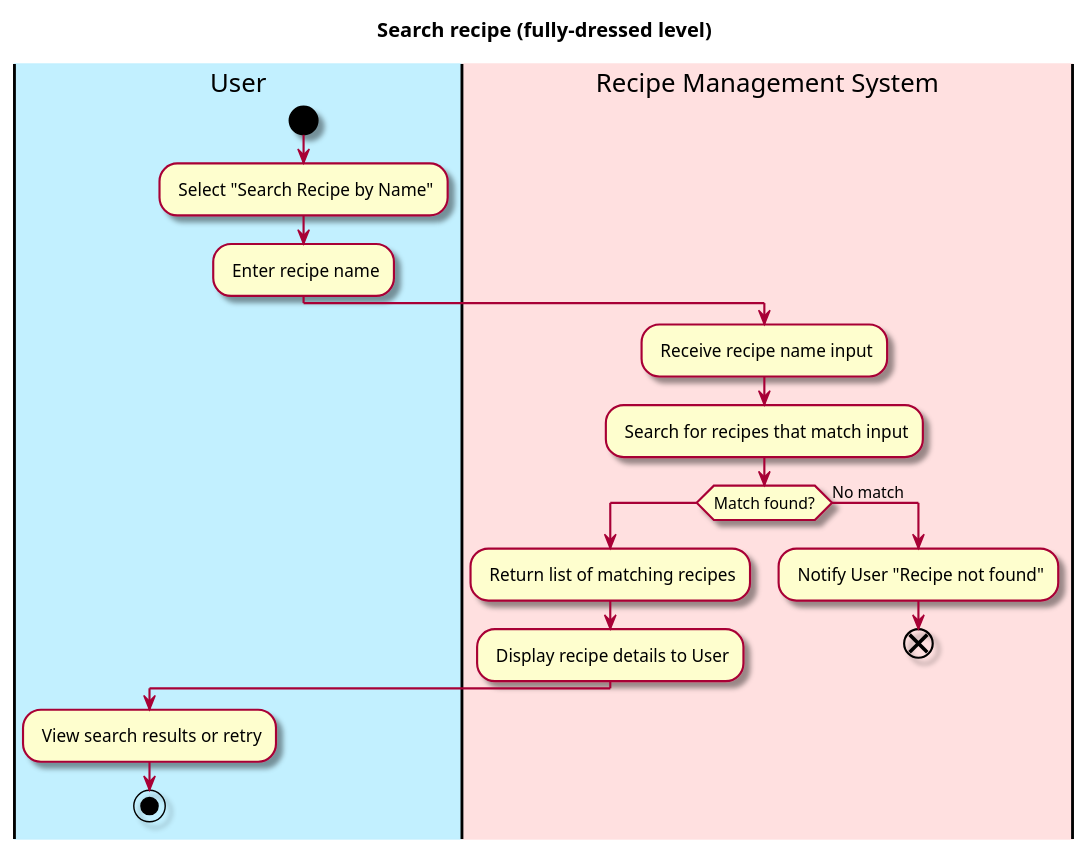
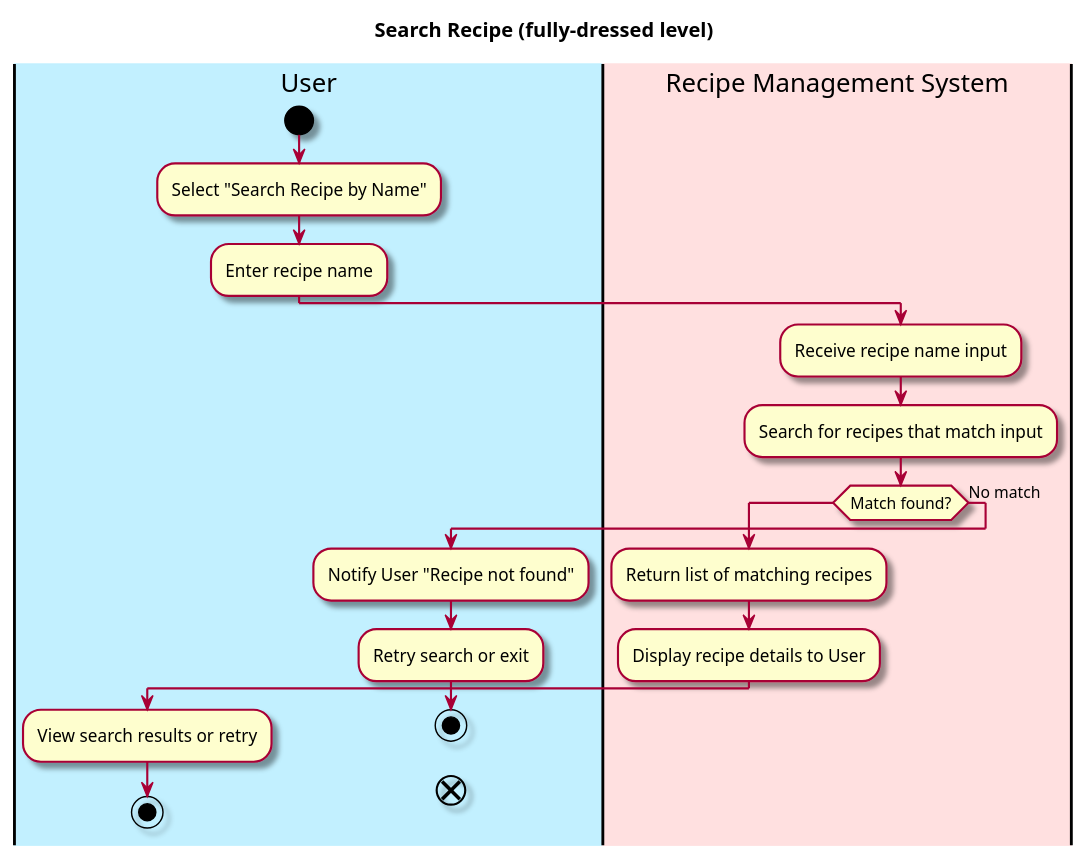
Before and after one commit to berthashipper/Pantry-Pal-Android-Application: the first of 2 diagrams in intellij/doc/use-cases/search_recipes.md, drawn with PlantUML. The commit also changed other lines of this file and 11 other files, not shown here.

Commit message:
Updated sequence diagrams and workflows to reflect real code

````diff
--- a/intellij/doc/use-cases/search_recipes.md
+++ b/intellij/doc/use-cases/search_recipes.md
@@ -28,34 +28,37 @@
 ```plantuml
 @startuml
 
 skin rose
 
-title Search recipe (fully-dressed level)
+title Search Recipe (fully-dressed level)
 
 'define the lanes
 |#application|User|
 |#implementation|Recipe Management System|
 
 |User|
 start
-: Select "Search Recipe by Name";
+:Select "Search Recipe by Name";
+:Enter recipe name;
+|Recipe Management System|
+:Receive recipe name input;
 
-: Enter recipe name;
-|Recipe Management System|
-: Receive recipe name input;
+:Search for recipes that match input;
 
-: Search for recipes that match input;
-
-if (Match found?)
-    : Return list of matching recipes;
-    : Display recipe details to User;
+if (Match found?) then
+    :Return list of matching recipes;
+    :Display recipe details to User;
     |User|
-    : View search results or retry;
+    :View search results or retry;
     stop
 else (No match)
-    |Recipe Management System|
-    : Notify User "Recipe not found";
+    :Notify User "Recipe not found";
+    |User|
+    :Retry search or exit;
+    stop
 end
 
 @enduml
+
+
 ```
````
